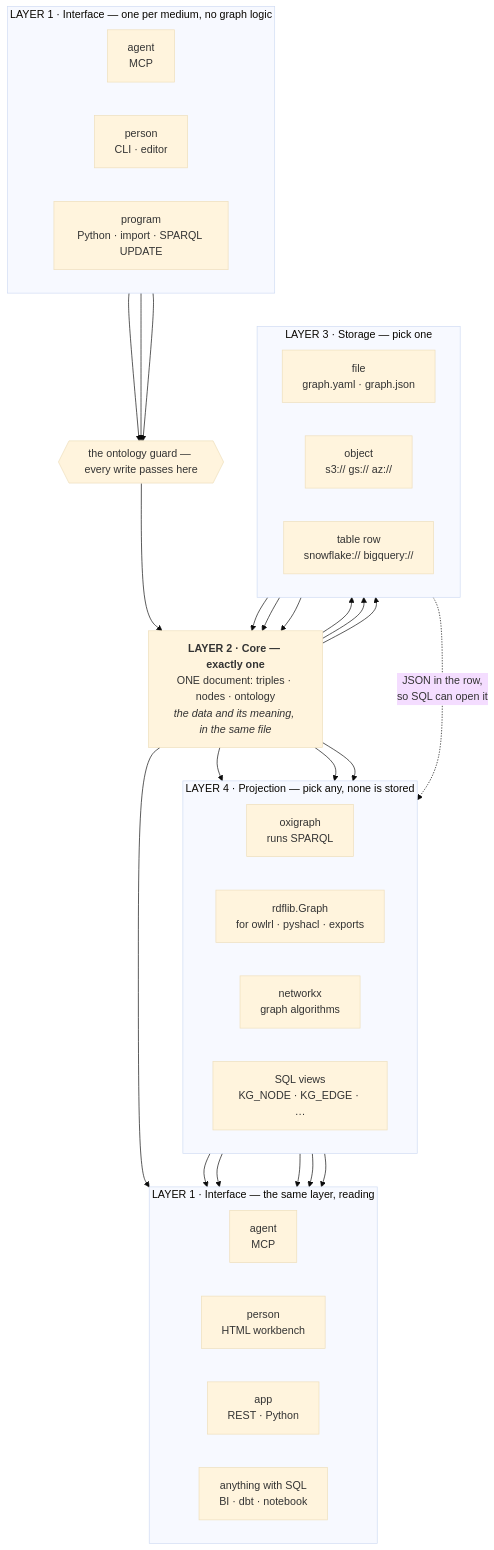
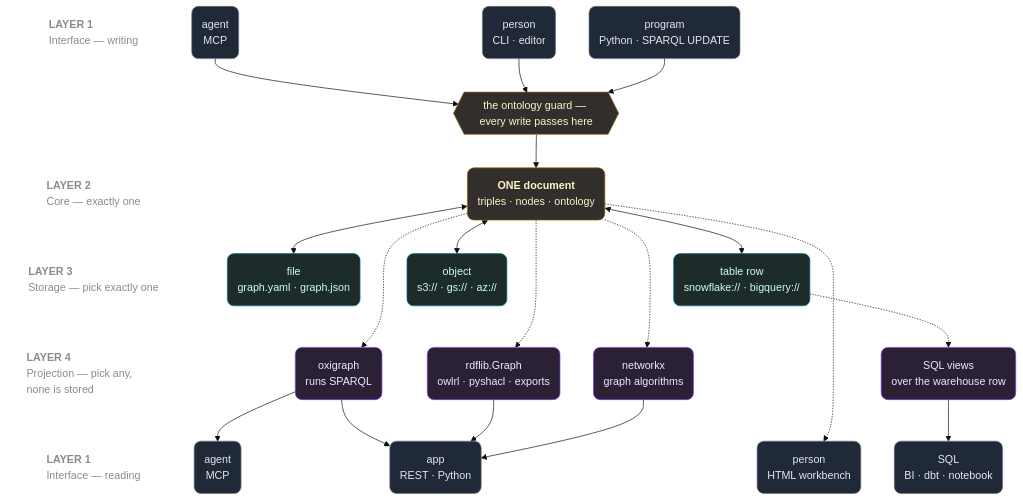
The first of 3 diagrams in docs/ARCHITECTURE.md (RyutoYoda/trikedb), drawn with Mermaid (base theme) before and after one commit. The commit also changed other lines of this file, not shown here.

Commit message:
docs: 全体図を一画面に収まる横長に。レイヤーを横一列の帯にして縦に積んだ
前の図は 860x4842（縦横比0.18）で、スクロールしないと読めなかった。
原因は mermaid の仕様で、外から subgraph の中のノードに線を引くと
subgraph の `direction LR` が無視されて親の向きに揃うこと。線をレイヤー
単位（cluster→cluster）にしても同じで、subgraph では横並びにできなかった。

なので subgraph をやめて、同じランクに並べる方式にした。TB フローでは
同ランクのノードが横一列に並ぶので、各レイヤーが確実に帯になる:

  1568x742（縦横比 2.11）← 一画面で読める

- レイヤー名は左端のラベルノード（枠なし・グレー）で示す
- レイヤーごとに色を分けた: インターフェース / コア / ストレージ / 投影
- ノードは丸角シェープ ("...") にした。classDef の rx/ry が無視される
  環境でもシェープ自体が丸いので崩れない
- 実線はバイトが動く経路、点線は導出（都度作って捨てる）。
  投影とHTMLワークベンチが点線なのはそういう意味

mmdc で実際にレンダリングして寸法と見た目を確認した

````diff
--- a/docs/ARCHITECTURE.md
+++ b/docs/ARCHITECTURE.md
@@ -5,60 +5,60 @@
 ```mermaid
 flowchart TB
-    subgraph I1["LAYER 1 · Interface — one per medium, no graph logic"]
-        direction LR
-        WA["agent<br/>MCP"]
-        WC["person<br/>CLI · editor"]
-        WP["program<br/>Python · import · SPARQL UPDATE"]
-    end
+    LA["<b>LAYER 1</b><br/>Interface — writing"]
+    LG[" "]
+    LB["<b>LAYER 2</b><br/>Core — exactly one"]
+    LC["<b>LAYER 3</b><br/>Storage — pick exactly one"]
+    LD["<b>LAYER 4</b><br/>Projection — pick any, none is stored"]
+    LE["<b>LAYER 1</b><br/>Interface — reading"]
+    LA ~~~ LG ~~~ LB ~~~ LC ~~~ LD ~~~ LE
 
+    WA("agent<br/>MCP")
+    WC("person<br/>CLI · editor")
+    WP("program<br/>Python · SPARQL UPDATE")
     G{{"the ontology guard — every write passes here"}}
-
-    C["<b>LAYER 2 · Core — exactly one</b><br/>ONE document: triples · nodes · ontology<br/><i>the data and its meaning, in the same file</i>"]
-
-    subgraph ST["LAYER 3 · Storage — pick one"]
-        direction LR
-        SF["file<br/>graph.yaml · graph.json"]
-        SO["object<br/>s3:// gs:// az://"]
-        SW["table row<br/>snowflake:// bigquery://"]
-    end
-
-    subgraph PJ["LAYER 4 · Projection — pick any, none is stored"]
-        direction LR
-        PO["oxigraph<br/>runs SPARQL"]
-        PR["rdflib.Graph<br/>for owlrl · pyshacl · exports"]
-        PN["networkx<br/>graph algorithms"]
-        PV["SQL views<br/>KG_NODE · KG_EDGE · …"]
-    end
-
-    subgraph I2["LAYER 1 · Interface — the same layer, reading"]
-        direction LR
-        RA["agent<br/>MCP"]
-        RH["person<br/>HTML workbench"]
-        RP["app<br/>REST · Python"]
-        RS["anything with SQL<br/>BI · dbt · notebook"]
-    end
+    C("<b>ONE document</b><br/>triples · nodes · ontology")
+    SF("file<br/>graph.yaml · graph.json")
+    SO("object<br/>s3:// · gs:// · az://")
+    SW("table row<br/>snowflake:// · bigquery://")
+    PO("oxigraph<br/>runs SPARQL")
+    PR("rdflib.Graph<br/>owlrl · pyshacl · exports")
+    PN("networkx<br/>graph algorithms")
+    PV("SQL views<br/>over the warehouse row")
+    RH("person<br/>HTML workbench")
+    RA("agent<br/>MCP")
+    RP("app<br/>REST · Python")
+    RS("SQL<br/>BI · dbt · notebook")
 
     WA --> G
     WC --> G
     WP --> G
     G --> C
-
-    C --> SF
-    C --> SO
-    C --> SW
-    SF --> C
-    SO --> C
-    SW --> C
-
-    C --> PO
-    C --> PR
-    C --> PN
-    SW -.->|"JSON in the row,<br/>so SQL can open it"| PV
-
+    C <--> SF
+    C <--> SO
+    C <--> SW
+    SF ~~~ PO
+    SO ~~~ PR
+    SW ~~~ PN
+    SW -.-> PV
+    C -.-> PO
+    C -.-> PR
+    C -.-> PN
     PO --> RA
     PO --> RP
     PR --> RP
     PN --> RP
-    C --> RH
     PV --> RS
+    PO ~~~ RH
+    C -.-> RH
+
+    classDef lbl fill:none,stroke:none,color:#8b8b8b,text-align:left
+    classDef iface fill:#1f2937,stroke:#6b7280,color:#e5e7eb,rx:10,ry:10
+    classDef core fill:#312e2b,stroke:#a16207,color:#fef3c7,rx:10,ry:10
+    classDef store fill:#1e2b2b,stroke:#0e7490,color:#cffafe,rx:10,ry:10
+    classDef proj fill:#2a2135,stroke:#7c3aed,color:#ede9fe,rx:10,ry:10
+    class LA,LG,LB,LC,LD,LE lbl
+    class WA,WC,WP,RH,RA,RP,RS iface
+    class C,G core
+    class SF,SO,SW store
+    class PO,PR,PN,PV proj
 ```
````
